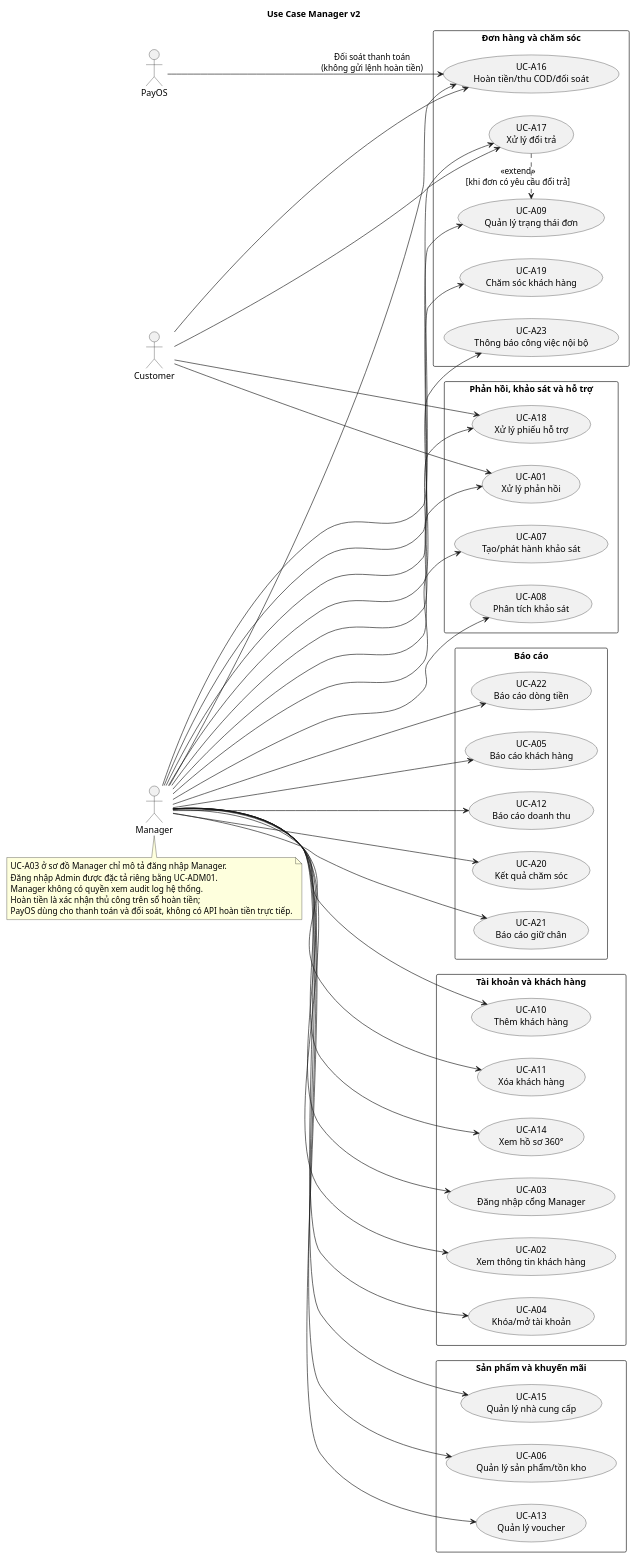
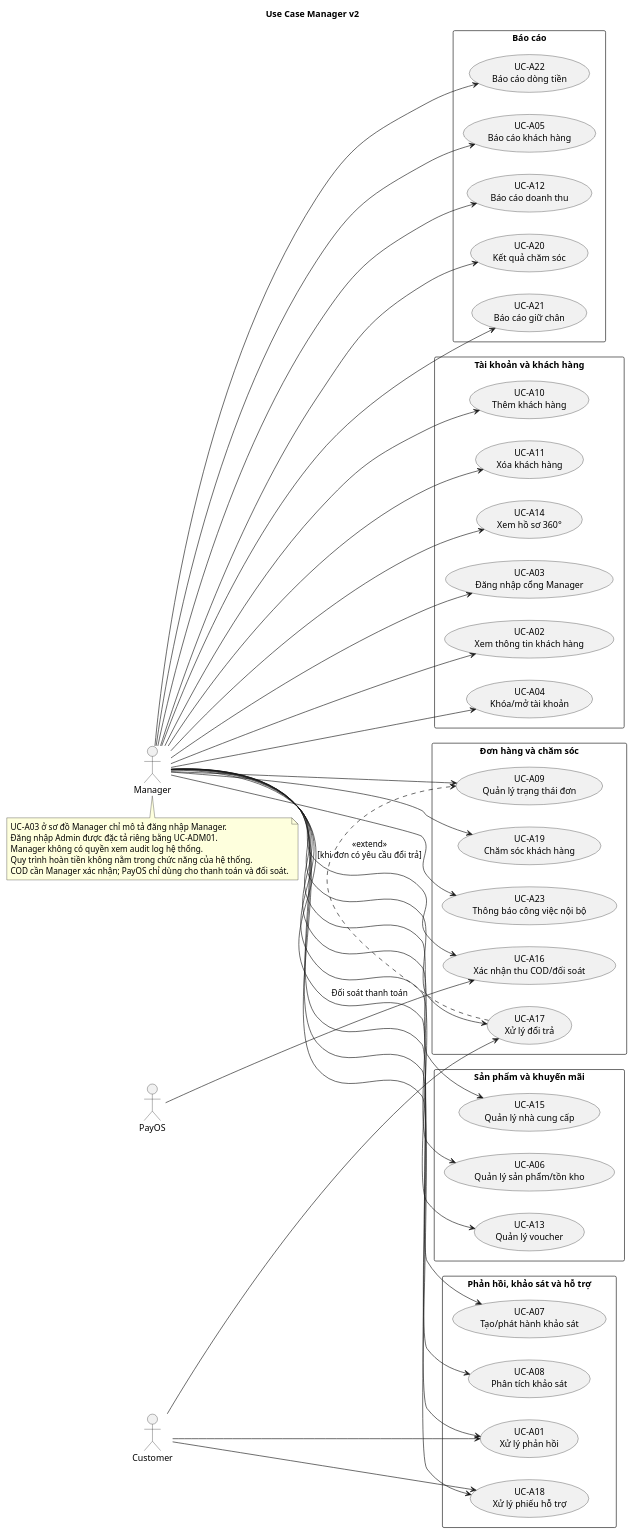
Before and after one commit to duygri/do-an-htttdn-crm: the diagram in docs/use-cases/use-case-diagrams-manager-v2.puml, drawn with PlantUML. The commit also changed 68 other files, not shown here.

```diff
--- a/docs/use-cases/use-case-diagrams-manager-v2.puml
+++ b/docs/use-cases/use-case-diagrams-manager-v2.puml
@@ -1,78 +1,77 @@
 @startuml
 title Use Case Manager v2
 left to right direction
 skinparam packageStyle rectangle
 skinparam shadowing false
 actor Manager
 actor PayOS
 actor Customer
 package "Tài khoản và khách hàng" {
   usecase "UC-A03\nĐăng nhập cổng Manager" as MA03
   usecase "UC-A02\nXem thông tin khách hàng" as MA02
   usecase "UC-A04\nKhóa/mở tài khoản" as MA04
   usecase "UC-A10\nThêm khách hàng" as MA10
   usecase "UC-A11\nXóa khách hàng" as MA11
   usecase "UC-A14\nXem hồ sơ 360°" as MA14
 }
 package "Sản phẩm và khuyến mãi" {
   usecase "UC-A06\nQuản lý sản phẩm/tồn kho" as MA06
   usecase "UC-A13\nQuản lý voucher" as MA13
   usecase "UC-A15\nQuản lý nhà cung cấp" as MA15
 }
 package "Phản hồi, khảo sát và hỗ trợ" {
   usecase "UC-A01\nXử lý phản hồi" as MA01
   usecase "UC-A07\nTạo/phát hành khảo sát" as MA07
   usecase "UC-A08\nPhân tích khảo sát" as MA08
   usecase "UC-A18\nXử lý phiếu hỗ trợ" as MA18
 }
 package "Đơn hàng và chăm sóc" {
   usecase "UC-A09\nQuản lý trạng thái đơn" as MA09
-  usecase "UC-A16\nHoàn tiền/thu COD/đối soát" as MA16
+  usecase "UC-A16\nXác nhận thu COD/đối soát" as MA16
   usecase "UC-A17\nXử lý đổi trả" as MA17
   usecase "UC-A19\nChăm sóc khách hàng" as MA19
   usecase "UC-A23\nThông báo công việc nội bộ" as MA23
 }
 package "Báo cáo" {
   usecase "UC-A05\nBáo cáo khách hàng" as MA05
   usecase "UC-A12\nBáo cáo doanh thu" as MA12
   usecase "UC-A20\nKết quả chăm sóc" as MA20
   usecase "UC-A21\nBáo cáo giữ chân" as MA21
   usecase "UC-A22\nBáo cáo dòng tiền" as MA22
 }
 Manager --> MA01
 Manager --> MA02
 Manager --> MA03
 Manager --> MA04
 Manager --> MA05
 Manager --> MA06
 Manager --> MA07
 Manager --> MA08
 Manager --> MA09
 Manager --> MA10
 Manager --> MA11
 Manager --> MA12
 Manager --> MA13
 Manager --> MA14
 Manager --> MA15
 Manager --> MA16
 Manager --> MA17
 Manager --> MA18
 Manager --> MA19
 Manager --> MA20
 Manager --> MA21
 Manager --> MA22
 Manager --> MA23
-PayOS --> MA16 : Đối soát thanh toán\n(không gửi lệnh hoàn tiền)
+PayOS --> MA16 : Đối soát thanh toán
 Customer --> MA01
-Customer --> MA16
 Customer --> MA17
 Customer --> MA18
 MA17 .> MA09 : <<extend>>\n[khi đơn có yêu cầu đổi trả]
 note bottom of Manager
 UC-A03 ở sơ đồ Manager chỉ mô tả đăng nhập Manager.
 Đăng nhập Admin được đặc tả riêng bằng UC-ADM01.
 Manager không có quyền xem audit log hệ thống.
-Hoàn tiền là xác nhận thủ công trên sổ hoàn tiền;
-PayOS dùng cho thanh toán và đối soát, không có API hoàn tiền trực tiếp.
+Quy trình hoàn tiền không nằm trong chức năng của hệ thống.
+COD cần Manager xác nhận; PayOS chỉ dùng cho thanh toán và đối soát.
 end note
 @enduml
```
